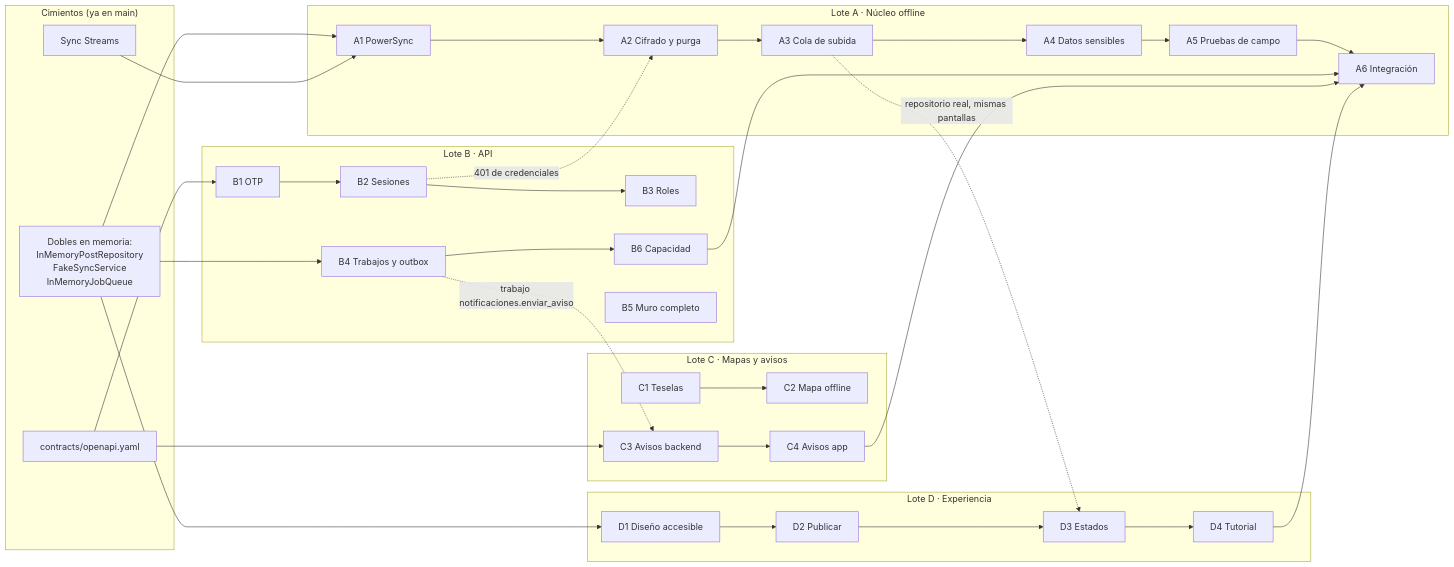
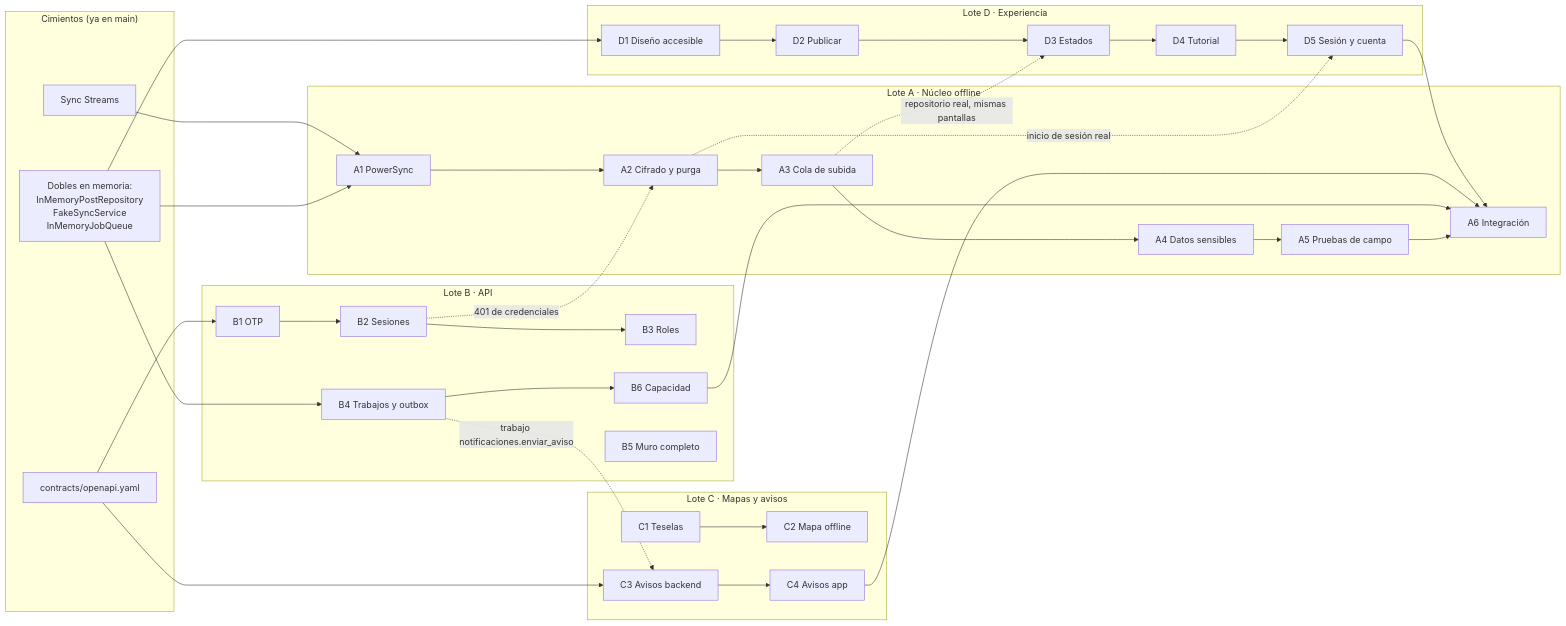
One commit to stefanods29/Hackathon-ElComercio-Shabat-Shalom changed the diagram in docs/fase-0/plan-de-lotes.md. Above: the diagram before and after it, drawn with Mermaid. The commit also changed other lines of this file and 8 other files, not shown here.

First line of the commit message:
Agrega a la Fase 0 el inicio de sesión, la elección de zona y la cuenta

````diff
--- a/docs/fase-0/plan-de-lotes.md
+++ b/docs/fase-0/plan-de-lotes.md
@@ -80,31 +84,32 @@
 ```mermaid
 flowchart LR
   subgraph Cimientos["Cimientos (ya en main)"]
     CT[contracts/openapi.yaml]
     SS[Sync Streams]
     DM[Dobles en memoria:<br/>InMemoryPostRepository<br/>FakeSyncService<br/>InMemoryJobQueue]
   end
   subgraph A["Lote A · Núcleo offline"]
     A1[A1 PowerSync] --> A2[A2 Cifrado y purga] --> A3[A3 Cola de subida]
     A3 --> A4[A4 Datos sensibles] --> A5[A5 Pruebas de campo] --> A6[A6 Integración]
   end
   subgraph B["Lote B · API"]
     B1[B1 OTP] --> B2[B2 Sesiones] --> B3[B3 Roles]
     B4[B4 Trabajos y outbox] --> B6[B6 Capacidad]
     B5[B5 Muro completo]
   end
   subgraph C["Lote C · Mapas y avisos"]
     C1[C1 Teselas] --> C2[C2 Mapa offline]
     C3[C3 Avisos backend] --> C4[C4 Avisos app]
   end
   subgraph D["Lote D · Experiencia"]
-    D1[D1 Diseño accesible] --> D2[D2 Publicar] --> D3[D3 Estados] --> D4[D4 Tutorial]
+    D1[D1 Diseño accesible] --> D2[D2 Publicar] --> D3[D3 Estados] --> D4[D4 Tutorial] --> D5[D5 Sesión y cuenta]
   end
   DM --> A1 & D1 & B4
   CT --> B1 & C3
   SS --> A1
   B2 -. "401 de credenciales" .-> A2
   B4 -. "trabajo notificaciones.enviar_aviso" .-> C3
   A3 -. "repositorio real, mismas pantallas" .-> D3
-  B6 & C4 & D4 --> A6
+  A2 -. "inicio de sesión real" .-> D5
+  B6 & C4 & D5 --> A6
 ```
````
